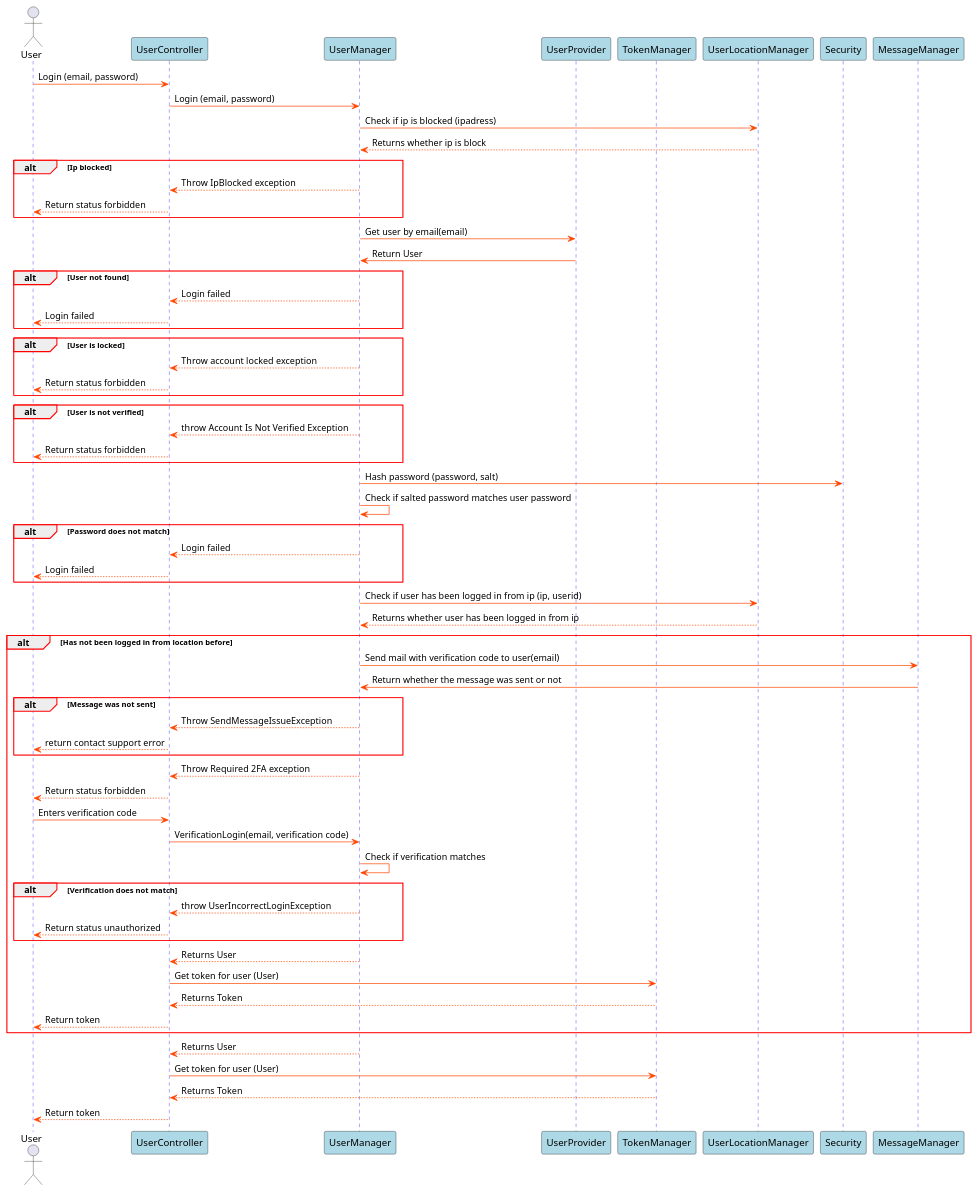
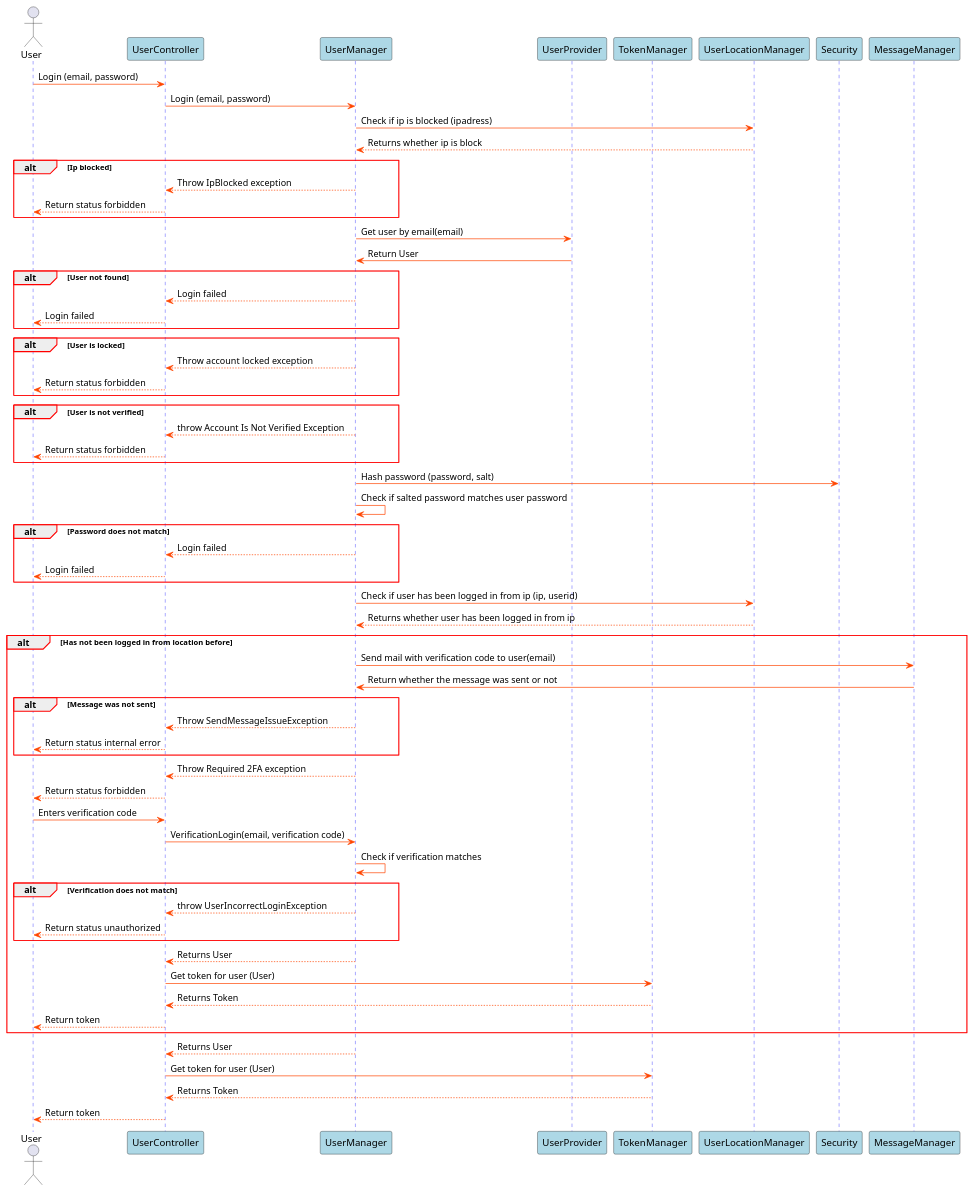
Before and after one commit to blackout1471/trust-us-school: the diagram in Docs/SDDiagrams/LoginSD.plantuml, drawn with PlantUML. The commit also changed 3 other files, not shown here.

Commit message:
Updated diagrams again

```diff
--- a/Docs/SDDiagrams/LoginSD.plantuml
+++ b/Docs/SDDiagrams/LoginSD.plantuml
@@ -1,103 +1,103 @@
 @startuml Login SD
 
 skinparam sequence {
     GroupBorderColor red
     GroupBorderThickness 1
 
     ArrowColor orangered
 
     LifeLineBorderColor blue
 
     ParticipantBackgroundColor lightblue
 }
 
 actor User
 participant UserController
 participant UserManager
 participant UserProvider
 participant TokenManager
 participant UserLocationManager
 participant Security
 
 User->UserController: Login (email, password)
 UserController->UserManager: Login (email, password)
 UserManager->UserLocationManager: Check if ip is blocked (ipadress)
 UserLocationManager-->UserManager: Returns whether ip is block
 
 alt Ip blocked
 UserManager-->UserController: Throw IpBlocked exception
 UserController-->User: Return status forbidden
 end
 
 UserManager->UserProvider: Get user by email(email)
 UserProvider->UserManager: Return User
 
 
 alt User not found
 
 UserManager-->UserController: Login failed
 UserController-->User: Login failed
 
 end
 
 alt User is locked
 
 UserManager-->UserController: Throw account locked exception
 UserController-->User: Return status forbidden
 
 end
 
 alt User is not verified
 
 UserManager-->UserController: throw Account Is Not Verified Exception
 UserController-->User: Return status forbidden
 
 end
 
 UserManager->Security: Hash password (password, salt)
 UserManager->UserManager: Check if salted password matches user password
 
 alt Password does not match
 
 UserManager-->UserController: Login failed
 UserController-->User: Login failed
 
 end
 
 
 UserManager->UserLocationManager: Check if user has been logged in from ip (ip, userid)
 UserLocationManager-->UserManager: Returns whether user has been logged in from ip
 
 alt Has not been logged in from location before
 
 UserManager->MessageManager: Send mail with verification code to user(email)
 MessageManager->UserManager: Return whether the message was sent or not
 alt Message was not sent
 
 UserManager --> UserController: Throw SendMessageIssueException
-UserController --> User: return contact support error
+UserController --> User: Return status internal error
 end
 UserManager-->UserController: Throw Required 2FA exception
 UserController-->User: Return status forbidden
 User->UserController: Enters verification code
 UserController->UserManager: VerificationLogin(email, verification code)
 UserManager->UserManager: Check if verification matches
 alt Verification does not match
 
 UserManager-->UserController: throw UserIncorrectLoginException
 UserController-->User: Return status unauthorized
 
 end
 UserManager-->UserController: Returns User
 UserController->TokenManager: Get token for user (User)
 TokenManager-->UserController: Returns Token
 UserController-->User: Return token
 end
 
 UserManager-->UserController: Returns User
 UserController->TokenManager: Get token for user (User)
 TokenManager-->UserController: Returns Token
 
 UserController-->User: Return token
 
 @enduml
```
